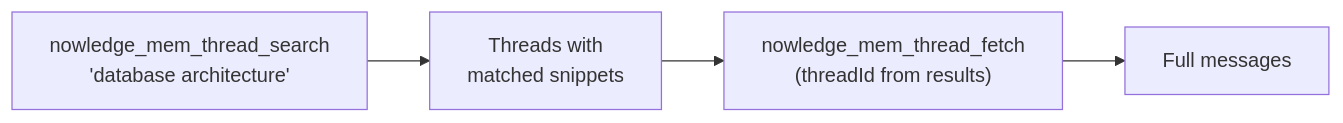
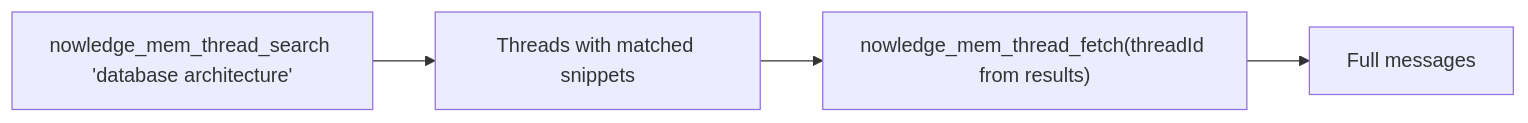
One commit to nowledge-co/community changed the fourth of 5 diagrams in nowledge-mem-openclaw-plugin/README.md. Above: the diagram before and after it, drawn with Mermaid. The commit also changed other lines of this file and 4 other files, not shown here.

````diff
--- a/nowledge-mem-openclaw-plugin/README.md
+++ b/nowledge-mem-openclaw-plugin/README.md
@@ -146,6 +146,6 @@
 ```mermaid
 flowchart LR
-    G["nowledge_mem_thread_search\n'database architecture'"] --> H["Threads with\nmatched snippets"]
-    H --> I["nowledge_mem_thread_fetch\n(threadId from results)"]
+    G["nowledge_mem_thread_search 'database architecture'"] --> H["Threads with matched snippets"]
+    H --> I["nowledge_mem_thread_fetch(threadId from results)"]
     I --> J["Full messages"]
 ```
````
